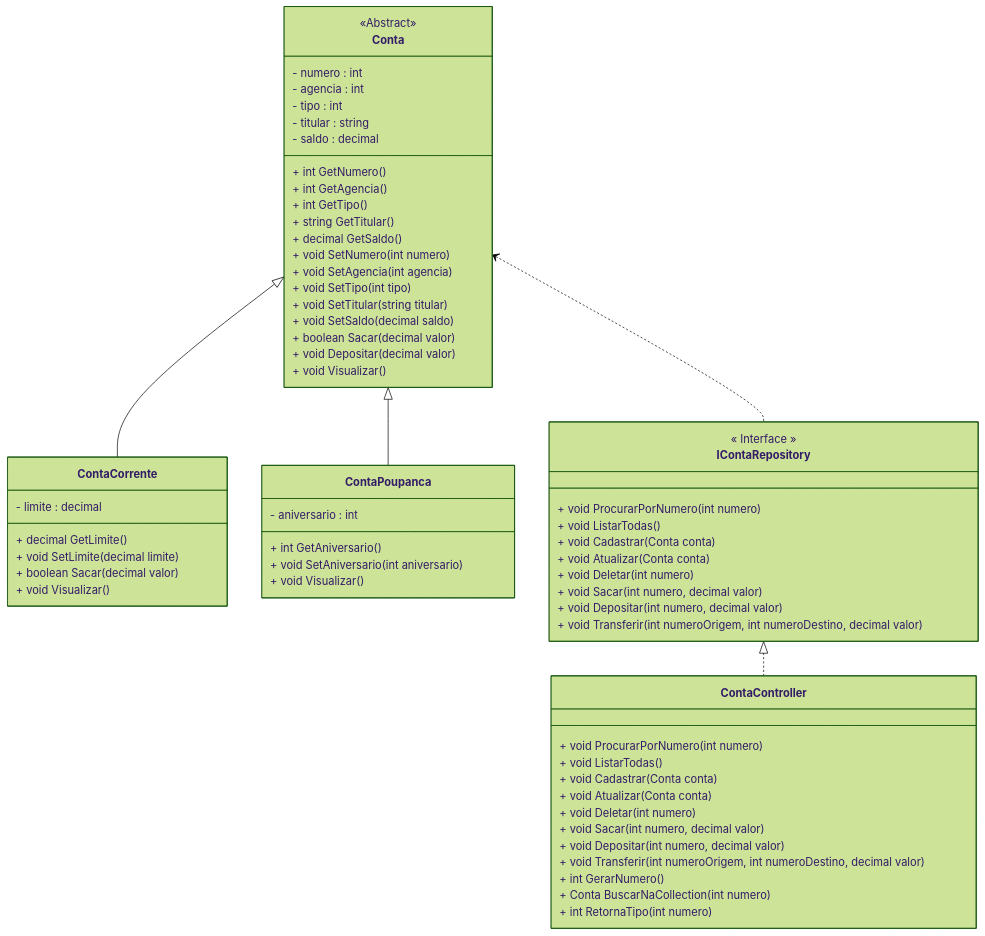
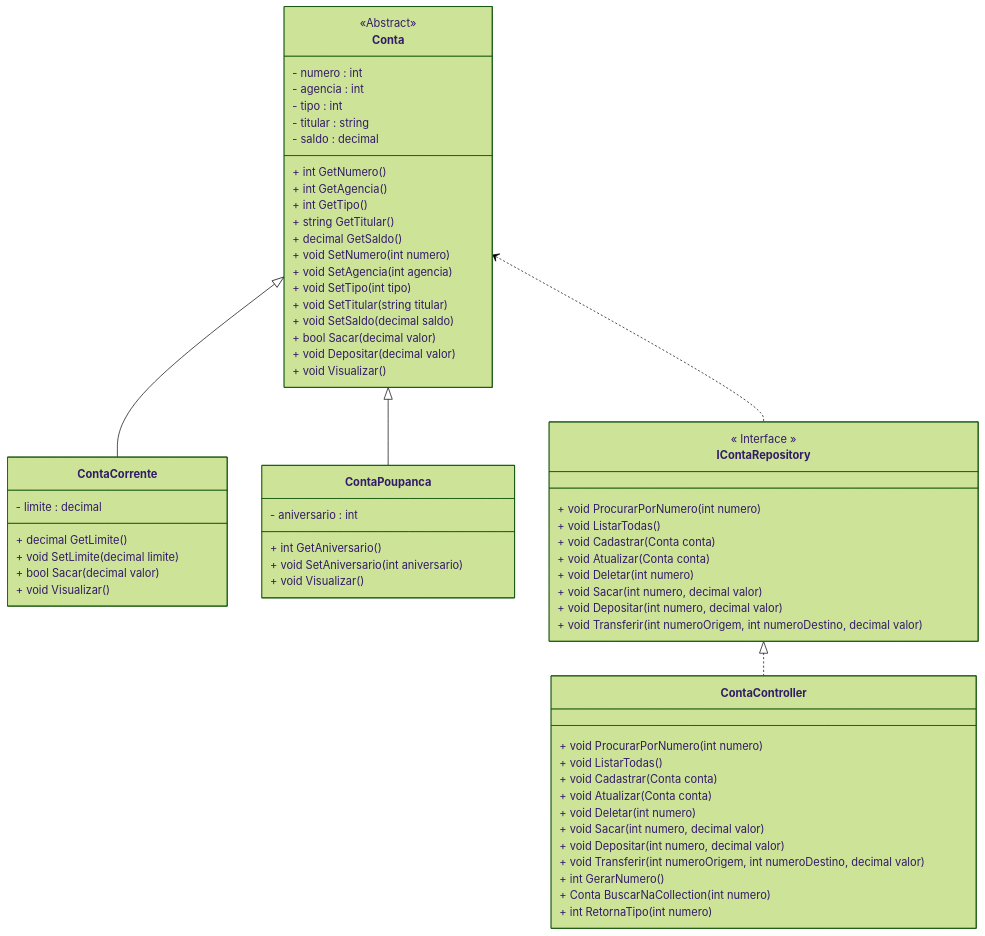
Before and after one commit to conteudoGeneration/cookbook_csharp: the diagram in 01_csharp/pr01.md, drawn with Mermaid (forest theme). The commit also changed other lines of this file and 24 other files, not shown here.

````diff
--- a/01_csharp/pr01.md
+++ b/01_csharp/pr01.md
@@ -7,65 +7,65 @@
 ```mermaid
 classDiagram
 class Conta {
 <<Abstract>>
   - numero : int
   - agencia : int
   - tipo : int
   - titular : string
   - saldo : decimal
   + int GetNumero()
   + int GetAgencia()
   + int GetTipo()
   + string GetTitular()
   + decimal GetSaldo()
   + void SetNumero(int numero)
   + void SetAgencia(int agencia)
   + void SetTipo(int tipo)
   + void SetTitular(string titular)
   + void SetSaldo(decimal saldo)
-  + boolean Sacar(decimal valor)
+  + bool Sacar(decimal valor)
   + void Depositar(decimal valor)
   + void Visualizar()
 }
 class ContaCorrente {
   - limite : decimal
   + decimal GetLimite()
   + void SetLimite(decimal limite)
-  + boolean Sacar(decimal valor)
+  + bool Sacar(decimal valor)
   + void Visualizar()
 }
 class ContaPoupanca {
   - aniversario : int
   + int GetAniversario()
   + void SetAniversario(int aniversario)
   + void Visualizar()
 }
 class IContaRepository{
 << Interface >>
 + void ProcurarPorNumero(int numero)
 + void ListarTodas()
 + void Cadastrar(Conta conta)
 + void Atualizar(Conta conta)
 + void Deletar(int numero)
 + void Sacar(int numero, decimal valor)
 + void Depositar(int numero, decimal valor)
 + void Transferir(int numeroOrigem, int numeroDestino, decimal valor)
 }
 class ContaController{
 + void ProcurarPorNumero(int numero)
 + void ListarTodas()
 + void Cadastrar(Conta conta)
 + void Atualizar(Conta conta)
 + void Deletar(int numero)
 + void Sacar(int numero, decimal valor)
 + void Depositar(int numero, decimal valor)
 + void Transferir(int numeroOrigem, int numeroDestino, decimal valor)
 + int GerarNumero()
 + Conta BuscarNaCollection(int numero)
 + int RetornaTipo(int numero)
 }
 Conta <|-- ContaCorrente
 Conta <|-- ContaPoupanca
 Conta <.. IContaRepository
 IContaRepository <|.. ContaController
 ```
````
